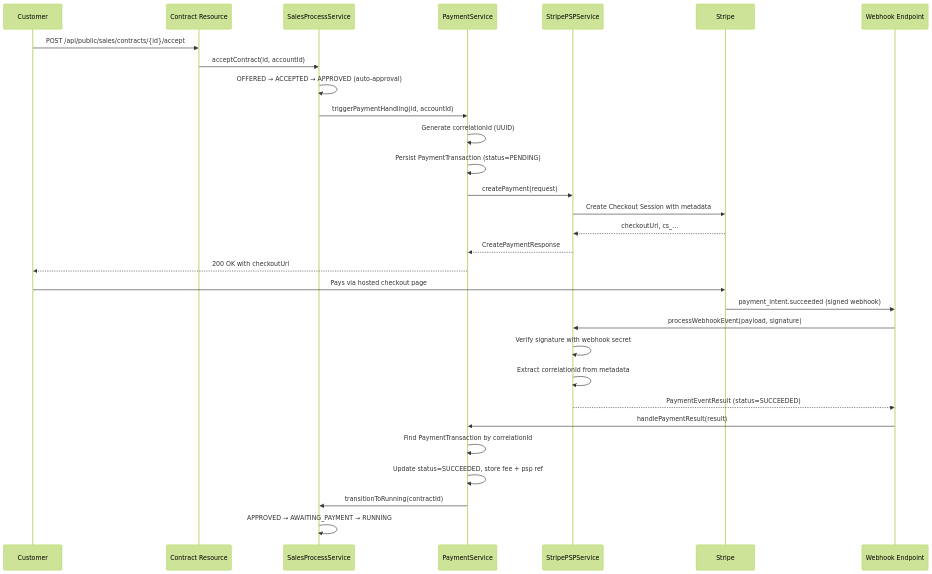
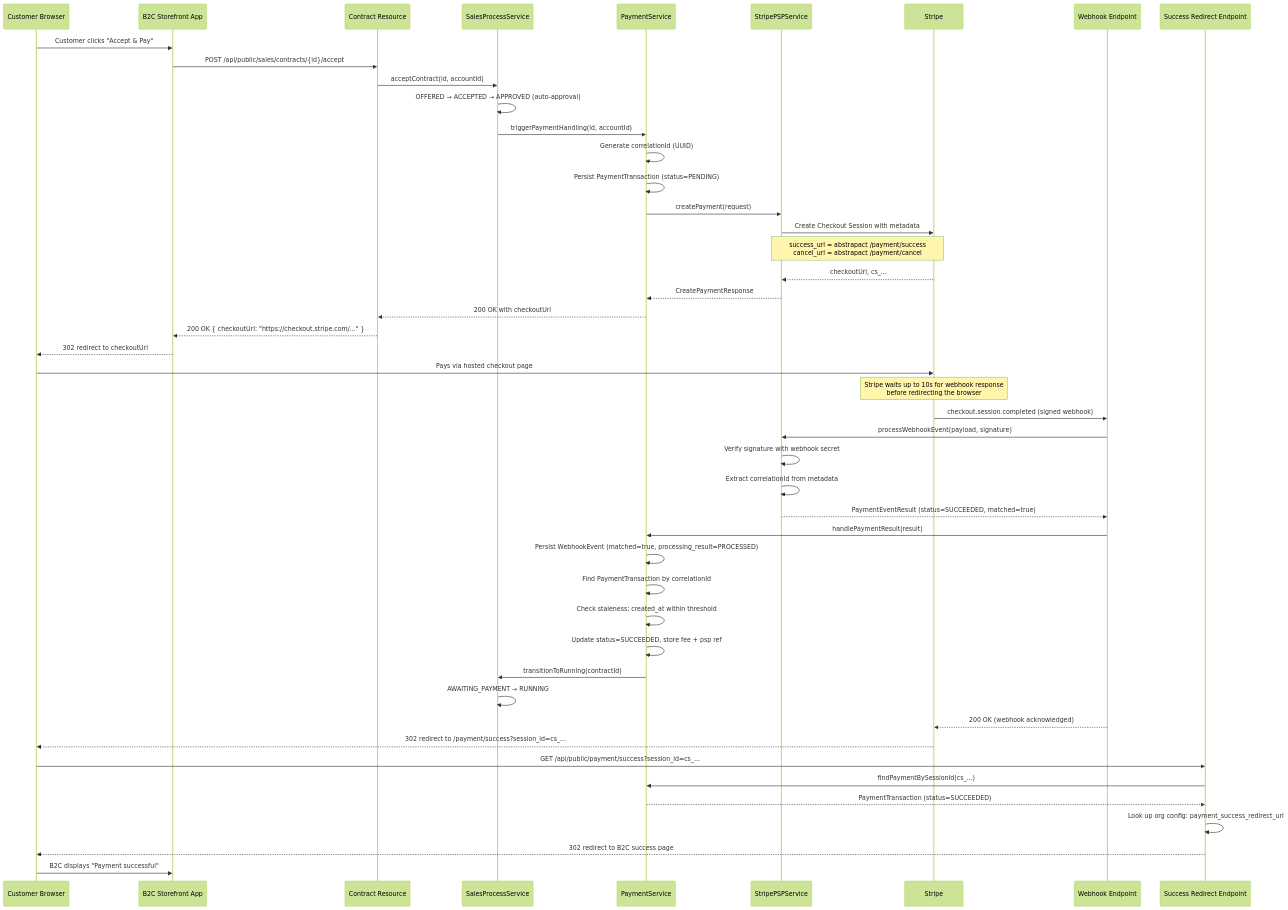
The fifth of 8 diagrams in docs/DESIGN_OF_PAYMENT.md (abstratium-dev/abstrapact), drawn with Mermaid (forest theme) before and after one commit. The commit also changed other lines of this file and 1 other file, not shown here.

Commit message:
todos; working on payment design

````diff
--- a/docs/DESIGN_OF_PAYMENT.md
+++ b/docs/DESIGN_OF_PAYMENT.md
@@ -339,34 +773,52 @@
 ```mermaid
 sequenceDiagram
-    participant Customer
+    participant Browser as Customer Browser
+    participant B2C as B2C Storefront App
     participant Resource as Contract Resource
     participant SP as SalesProcessService
     participant PS as PaymentService
     participant PSP as StripePSPService
     participant Stripe
     participant WH as Webhook Endpoint
+    participant SR as Success Redirect Endpoint
 
-    Customer->>Resource: POST /api/public/sales/contracts/{id}/accept
+    Browser->>B2C: Customer clicks "Accept & Pay"
+    B2C->>Resource: POST /api/public/sales/contracts/{id}/accept
     Resource->>SP: acceptContract(id, accountId)
     SP->>SP: OFFERED → ACCEPTED → APPROVED (auto-approval)
     SP->>PS: triggerPaymentHandling(id, accountId)
     PS->>PS: Generate correlationId (UUID)
     PS->>PS: Persist PaymentTransaction (status=PENDING)
     PS->>PSP: createPayment(request)
     PSP->>Stripe: Create Checkout Session with metadata
+    Note over PSP,Stripe: success_url = abstrapact /payment/success<br/>cancel_url = abstrapact /payment/cancel
     Stripe-->>PSP: checkoutUrl, cs_...
     PSP-->>PS: CreatePaymentResponse
-    PS-->>Customer: 200 OK with checkoutUrl
+    PS-->>Resource: 200 OK with checkoutUrl
+    Resource-->>B2C: 200 OK { checkoutUrl: "https://checkout.stripe.com/..." }
+    B2C-->>Browser: 302 redirect to checkoutUrl
 
-    Customer->>Stripe: Pays via hosted checkout page
-    Stripe->>WH: payment_intent.succeeded (signed webhook)
+    Browser->>Stripe: Pays via hosted checkout page
+    Note over Stripe: Stripe waits up to 10s for webhook response<br/>before redirecting the browser
+    Stripe->>WH: checkout.session.completed (signed webhook)
     WH->>PSP: processWebhookEvent(payload, signature)
     PSP->>PSP: Verify signature with webhook secret
     PSP->>PSP: Extract correlationId from metadata
-    PSP-->>WH: PaymentEventResult (status=SUCCEEDED)
+    PSP-->>WH: PaymentEventResult (status=SUCCEEDED, matched=true)
     WH->>PS: handlePaymentResult(result)
+    PS->>PS: Persist WebhookEvent (matched=true, processing_result=PROCESSED)
     PS->>PS: Find PaymentTransaction by correlationId
+    PS->>PS: Check staleness: created_at within threshold
     PS->>PS: Update status=SUCCEEDED, store fee + psp ref
     PS->>SP: transitionToRunning(contractId)
-    SP->>SP: APPROVED → AWAITING_PAYMENT → RUNNING
+    SP->>SP: AWAITING_PAYMENT → RUNNING
+    WH-->>Stripe: 200 OK (webhook acknowledged)
+
+    Stripe-->>Browser: 302 redirect to /payment/success?session_id=cs_...
+    Browser->>SR: GET /api/public/payment/success?session_id=cs_...
+    SR->>PS: findPaymentBySessionId(cs_...)
+    PS-->>SR: PaymentTransaction (status=SUCCEEDED)
+    SR->>SR: Look up org config: payment_success_redirect_url
+    SR-->>Browser: 302 redirect to B2C success page
+    Browser->>B2C: B2C displays "Payment successful"
 ```
````
